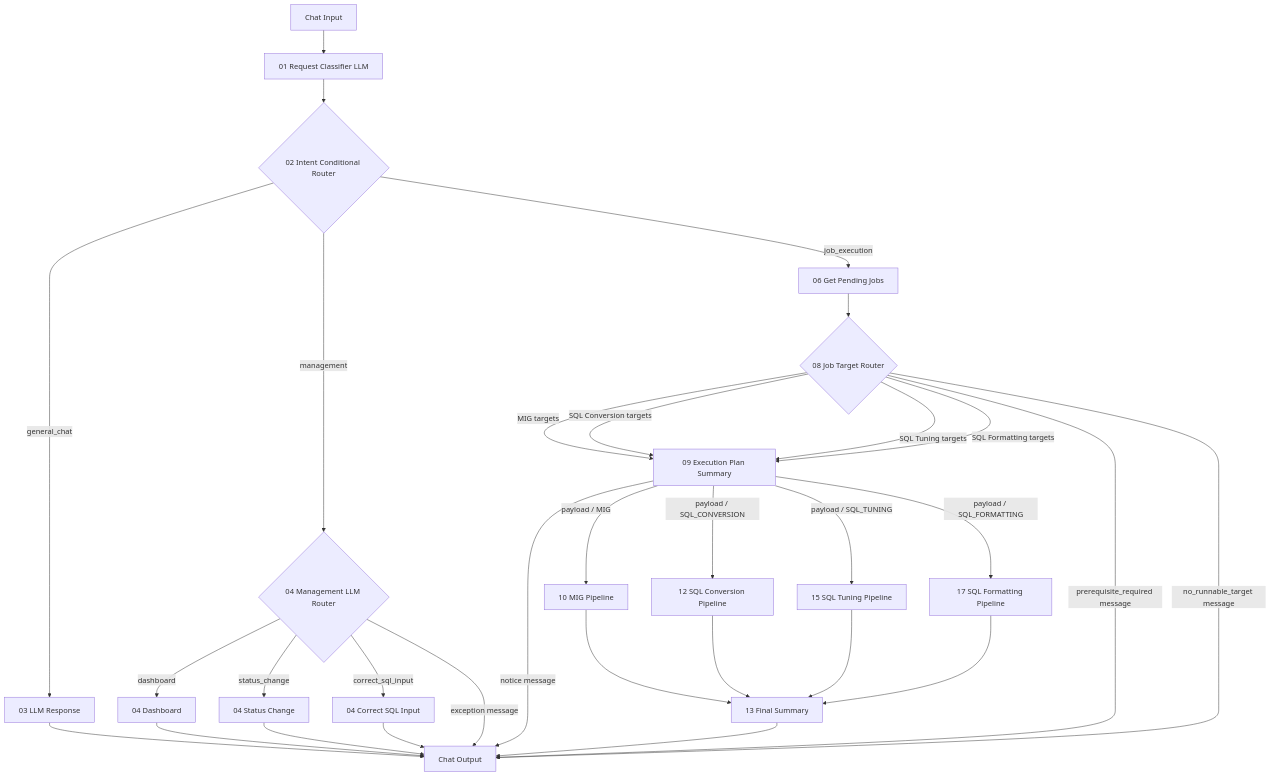
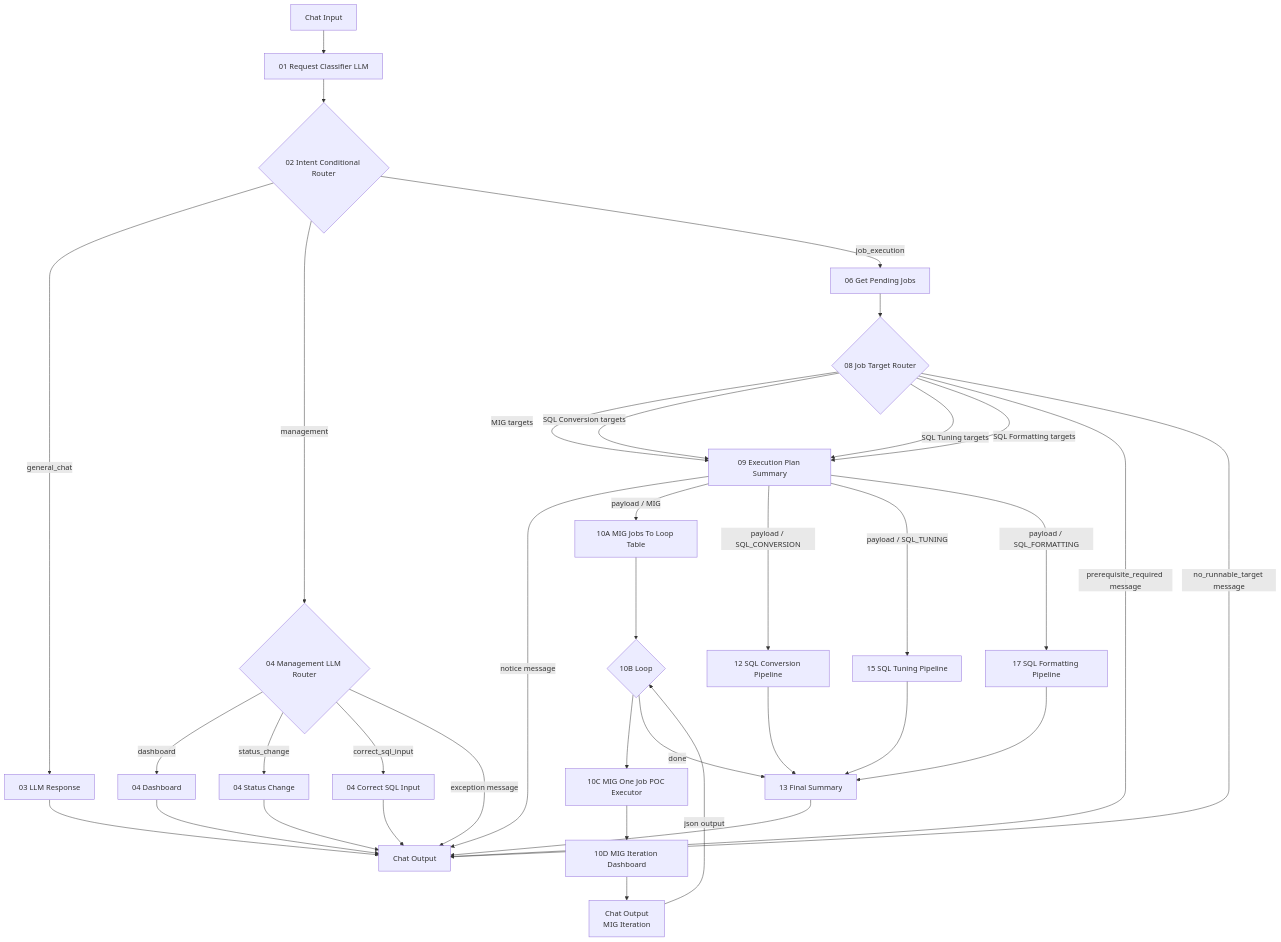
One commit to seongikjin227-jpg/refactoring_smartMigrate changed the first of 2 diagrams in langflow_260819_newType/00_architecture.md. Above: the diagram before and after it, drawn with Mermaid. The commit also changed other lines of this file and 4 other files, not shown here.

````diff
--- a/langflow_260819_newType/00_architecture.md
+++ b/langflow_260819_newType/00_architecture.md
@@ -21,40 +21,45 @@
 ```mermaid
 flowchart TD
     A["Chat Input"] --> B["01 Request Classifier LLM"]
     B --> C{"02 Intent Conditional Router"}
 
     C -->|general_chat| D["03 LLM Response"]
     C -->|management| E{"04 Management LLM Router"}
     C -->|job_execution| G["06 Get Pending Jobs"]
 
     E -->|dashboard| E1["04 Dashboard"]
     E -->|status_change| E2["04 Status Change"]
     E -->|correct_sql_input| E3["04 Correct SQL Input"]
     E -->|exception message| OUT["Chat Output"]
 
     G --> H{"08 Job Target Router"}
 
     H -->|MIG targets| P["09 Execution Plan Summary"]
     H -->|SQL Conversion targets| P
     H -->|SQL Tuning targets| P
     H -->|SQL Formatting targets| P
     H -->|prerequisite_required message| OUT
     H -->|no_runnable_target message| OUT
 
     P -->|notice message| OUT
-    P -->|payload / MIG| M["10 MIG Pipeline"]
+    P -->|payload / MIG| M0["10A MIG Jobs To Loop Table"]
     P -->|payload / SQL_CONVERSION| C2["12 SQL Conversion Pipeline"]
     P -->|payload / SQL_TUNING| T2["15 SQL Tuning Pipeline"]
     P -->|payload / SQL_FORMATTING| F2["17 SQL Formatting Pipeline"]
 
-    M --> S3["13 Final Summary"]
+    M0 --> ML{"10B Loop"}
+    ML --> M1["10C MIG One Job POC Executor"]
+    M1 --> M2["10D MIG Iteration Dashboard"]
+    M2 --> MOUT["Chat Output<br/>MIG Iteration"]
+    MOUT -->|json output| ML
+    ML -->|done| S3["13 Final Summary"]
     C2 --> S3
     T2 --> S3
     F2 --> S3
 
     D --> OUT
     E1 --> OUT
     E2 --> OUT
     E3 --> OUT
     S3 --> OUT
 ```
````
